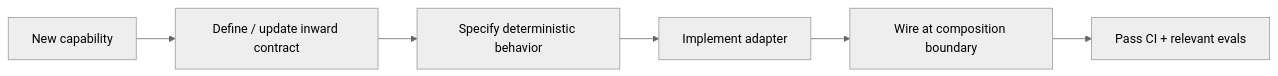
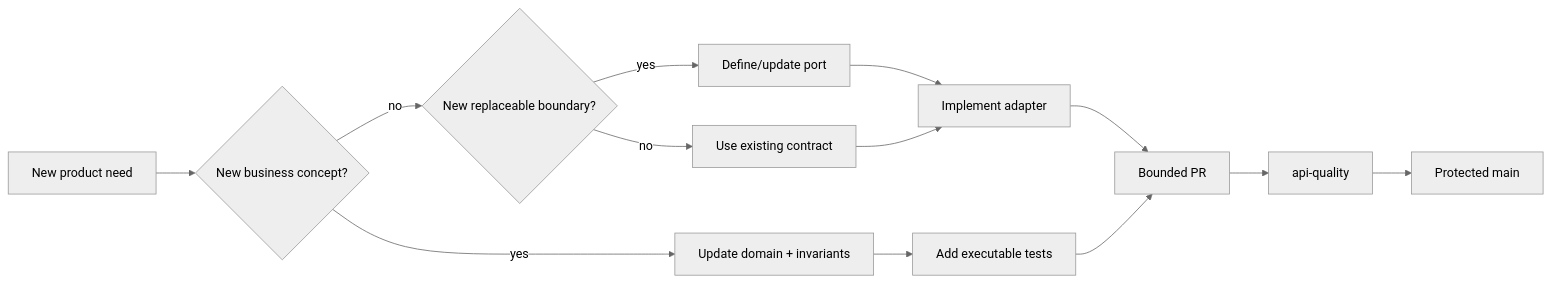
One commit to kumarchandansingh/tropos changed the seventh of 7 diagrams in docs/architecture/ARCHITECTURE_OVERVIEW.md. Above: the diagram before and after it, drawn with Mermaid (neutral theme). The commit also changed other lines of this file and 13 other files, not shown here.

Commit message:
docs: rebuild Tropos living architecture

````diff
--- a/docs/architecture/ARCHITECTURE_OVERVIEW.md
+++ b/docs/architecture/ARCHITECTURE_OVERVIEW.md
@@ -111,8 +176,16 @@
 ```mermaid
 flowchart LR
-    Need[New capability] --> Contract[Define / update inward contract]
-    Contract --> Tests[Specify deterministic behavior]
-    Tests --> Adapter[Implement adapter]
-    Adapter --> Integrate[Wire at composition boundary]
-    Integrate --> CI[Pass CI + relevant evals]
+    Problem[New product need]
+    --> Concept{New business concept?}
+    Concept -- yes --> Domain[Update domain + invariants]
+    Concept -- no --> Contract{New replaceable boundary?}
+    Contract -- yes --> Port[Define/update port]
+    Contract -- no --> Existing[Use existing contract]
+    Domain --> Tests[Add executable tests]
+    Port --> Adapter[Implement adapter]
+    Existing --> Adapter
+    Adapter --> PR[Bounded PR]
+    Tests --> PR
+    PR --> CI[api-quality]
+    CI --> Main[Protected main]
 ```
````
